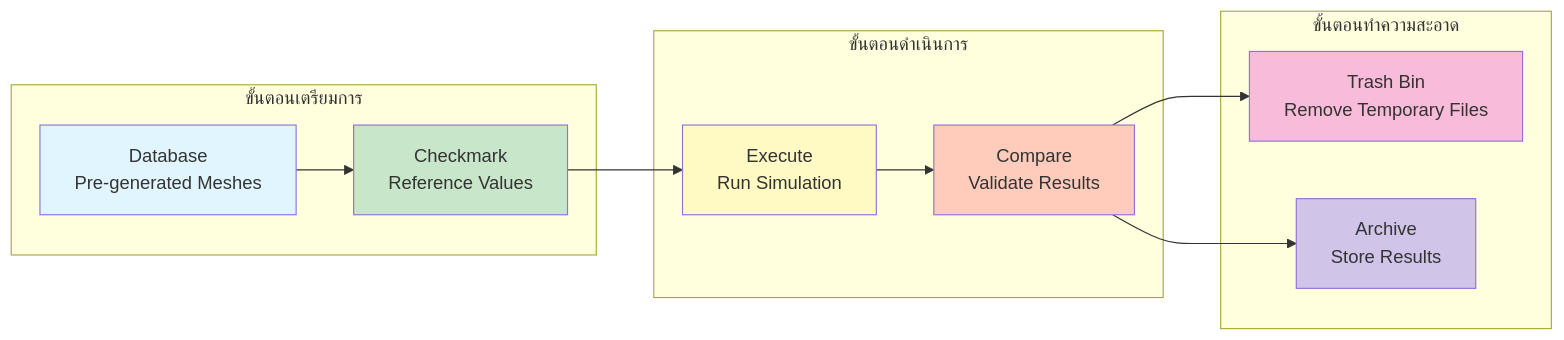
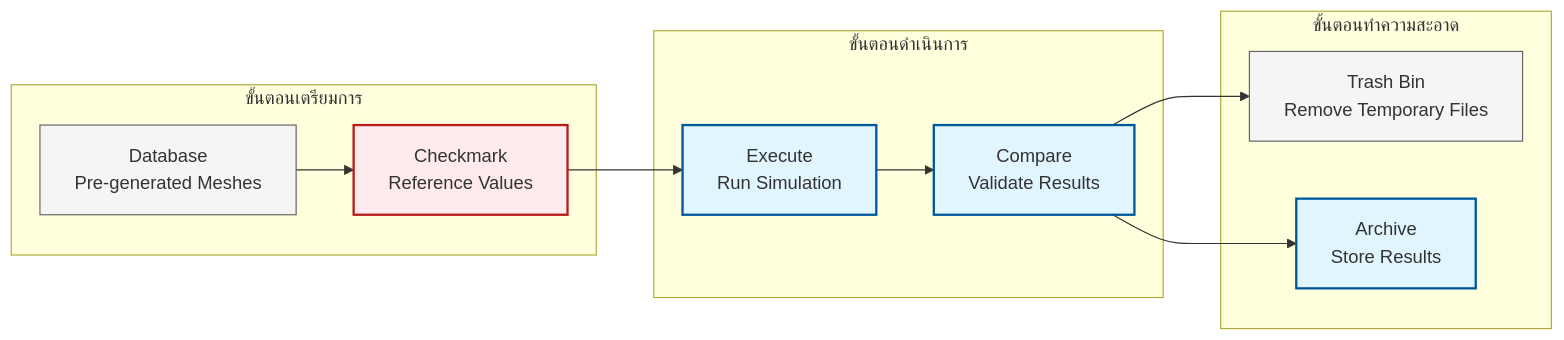
Before and after one commit to wramet/build-my-cfd: the third of 4 diagrams in MODULE_08_TESTING_VALIDATION/CONTENT/02_TEST_FRAMEWORK_CODING/03_Automation_Scripts.md, drawn with Mermaid. The commit also changed other lines of this file and 313 other files, not shown here.

Commit message:
Revise all diagram

````diff
--- a/MODULE_08_TESTING_VALIDATION/CONTENT/02_TEST_FRAMEWORK_CODING/03_Automation_Scripts.md
+++ b/MODULE_08_TESTING_VALIDATION/CONTENT/02_TEST_FRAMEWORK_CODING/03_Automation_Scripts.md
@@ -510,23 +514,22 @@
 ```mermaid
 flowchart LR
-    subgraph Preparation["ขั้นตอนเตรียมการ"]
-        A["Database<br/>Pre-generated Meshes"] --> B["Checkmark<br/>Reference Values"]
-    end
+classDef implicit fill:#e1f5fe,stroke:#01579b,stroke-width:2px
+classDef explicit fill:#ffebee,stroke:#b71c1c,stroke-width:2px
+classDef context fill:#f5f5f5,stroke:#616161,stroke-width:1px
+subgraph Preparation["ขั้นตอนเตรียมการ"]
+    A["Database<br/>Pre-generated Meshes"]:::context --> B["Checkmark<br/>Reference Values"]:::explicit
+end
 
-    subgraph Execution["ขั้นตอนดำเนินการ"]
-        B --> C["Execute<br/>Run Simulation"]
-        C --> D["Compare<br/>Validate Results"]
-    end
+subgraph Execution["ขั้นตอนดำเนินการ"]
+    C["Execute<br/>Run Simulation"]:::implicit --> D["Compare<br/>Validate Results"]:::implicit
+end
 
-    subgraph Cleanup["ขั้นตอนทำความสะอาด"]
-        D --> E["Trash Bin<br/>Remove Temporary Files"]
-        D --> F["Archive<br/>Store Results"]
-    end
+subgraph Cleanup["ขั้นตอนทำความสะอาด"]
+    E["Trash Bin<br/>Remove Temporary Files"]:::context
+    F["Archive<br/>Store Results"]:::implicit
+end
 
-    style A fill:#e1f5ff
-    style B fill:#c8e6c9
-    style C fill:#fff9c4
-    style D fill:#ffccbc
-    style E fill:#f8bbd9
-    style F fill:#d1c4e9
+B --> C
+D --> E
+D --> F
 ```
````
